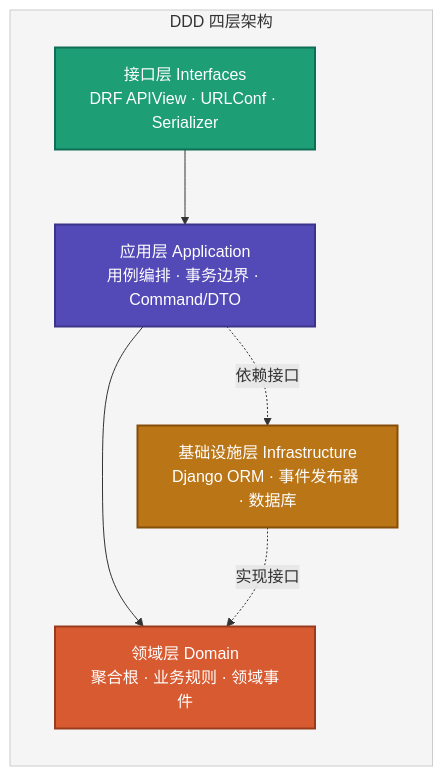
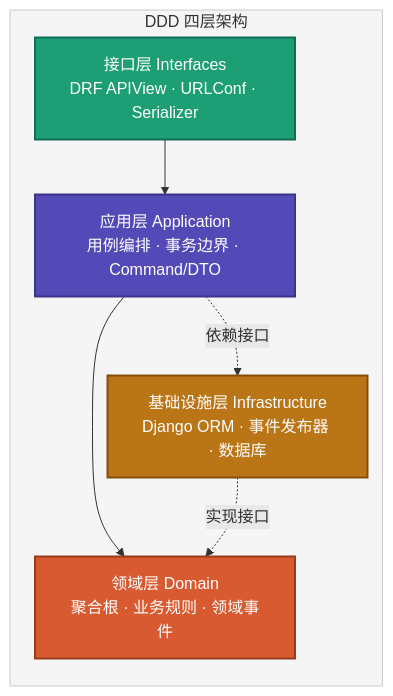
The first of 5 diagrams in practice-projects/django-ddd/Django-DDD-Scaffold.md (microwind/design-patterns), drawn with Mermaid before and after one commit. The commit also changed other lines of this file and 28 other files, not shown here.

````diff
--- a/practice-projects/django-ddd/Django-DDD-Scaffold.md
+++ b/practice-projects/django-ddd/Django-DDD-Scaffold.md
@@ -54,25 +52,26 @@
 ```mermaid
+%%{init: {'flowchart': {'nodeSpacing': 10, 'rankSpacing': 30}}}%%
 flowchart LR
     subgraph Layers["DDD 四层架构"]
         UI["接口层 Interfaces<br/>DRF APIView · URLConf · Serializer"]
         APP["应用层 Application<br/>用例编排 · 事务边界 · Command/DTO"]
         DOMAIN["领域层 Domain<br/>聚合根 · 业务规则 · 领域事件"]
         INFRA["基础设施层 Infrastructure<br/>Django ORM · 事件发布器 · 数据库"]
     end
 
     UI --> APP
     APP --> DOMAIN
     APP -. 依赖接口 .-> INFRA
     INFRA -. 实现接口 .-> DOMAIN
 
     classDef ui fill:#1D9E75,stroke:#0F6E56,color:#ffffff,stroke-width:2px
     classDef app fill:#534AB7,stroke:#3C3489,color:#ffffff,stroke-width:2px
     classDef domain fill:#D85A30,stroke:#993C1D,color:#ffffff,stroke-width:2px
     classDef infra fill:#BA7517,stroke:#854F0B,color:#ffffff,stroke-width:2px
 
     class UI ui
     class APP app
     class DOMAIN domain
     class INFRA infra
     style Layers fill:#F5F5F5,stroke:#CCCCCC,color:#333333
 ```
````
